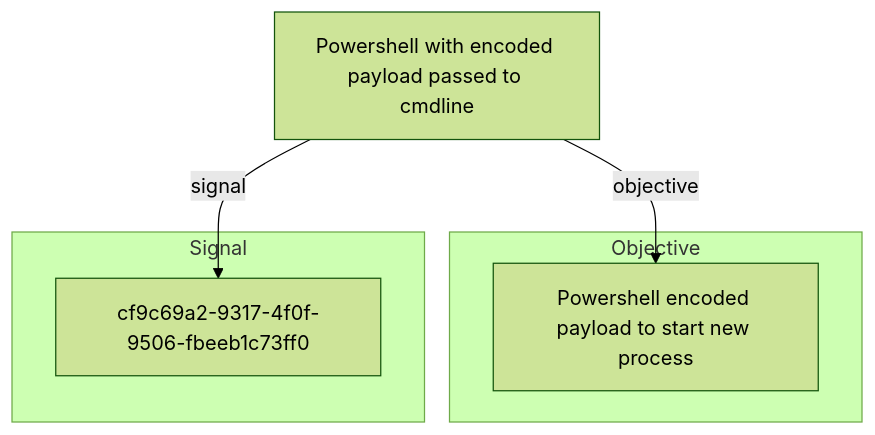
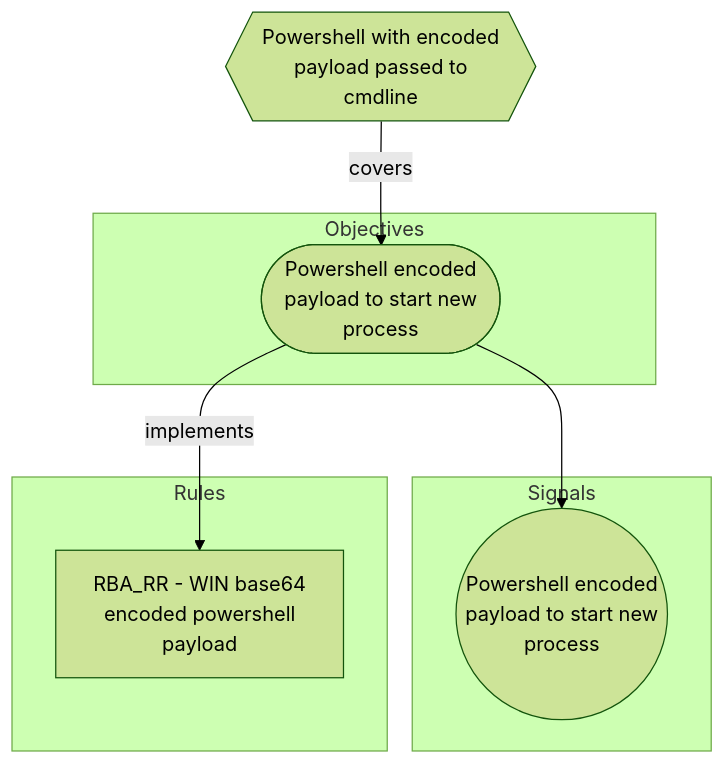
The diagram in docs/threats/powershell-with-encoded-payload-passed-to-cmdline.md (opentidehq/library), drawn with Mermaid (forest theme) before and after one commit. The commit also changed other lines of this file and 540 other files, not shown here.

````diff
--- a/docs/threats/powershell-with-encoded-payload-passed-to-cmdline.md
+++ b/docs/threats/powershell-with-encoded-payload-passed-to-cmdline.md
@@ -105,12 +112,16 @@
 ```mermaid
 flowchart TB
-subgraph "Objective"
-bfeb24bf_8a17_4ccc_8aec_91721743153d["Powershell encoded payload to start new process"]
+subgraph "Objectives"
+bfeb24bf_8a17_4ccc_8aec_91721743153d(["Powershell encoded<br>payload to start new<br>process"])
 end
-subgraph "Signal"
-cf9c69a2_9317_4f0f_9506_fbeeb1c73ff0["cf9c69a2-9317-4f0f-9506-fbeeb1c73ff0"]
+subgraph "Signals"
+cf9c69a2_9317_4f0f_9506_fbeeb1c73ff0(("Powershell encoded<br>payload to start new<br>process"))
 end
-bdc58fee_8da6_4fc9_8fbd_30f8fd156bc7["Powershell with encoded payload passed to cmdline"]
-bdc58fee_8da6_4fc9_8fbd_30f8fd156bc7 -->|objective| bfeb24bf_8a17_4ccc_8aec_91721743153d
-bdc58fee_8da6_4fc9_8fbd_30f8fd156bc7 -->|signal| cf9c69a2_9317_4f0f_9506_fbeeb1c73ff0
+subgraph "Rules"
+0be66eea_4ae4_4544_811b_52651e20d744["RBA_RR - WIN base64<br>encoded powershell<br>payload"]
+end
+bdc58fee_8da6_4fc9_8fbd_30f8fd156bc7{{"Powershell with encoded<br>payload passed to<br>cmdline"}}
+bdc58fee_8da6_4fc9_8fbd_30f8fd156bc7 -->|covers| bfeb24bf_8a17_4ccc_8aec_91721743153d
+bfeb24bf_8a17_4ccc_8aec_91721743153d --> cf9c69a2_9317_4f0f_9506_fbeeb1c73ff0
+bfeb24bf_8a17_4ccc_8aec_91721743153d -->|implements| 0be66eea_4ae4_4544_811b_52651e20d744
 ```
````
